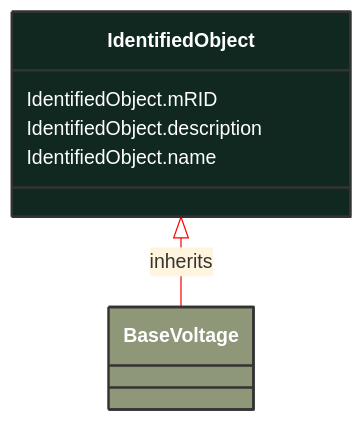
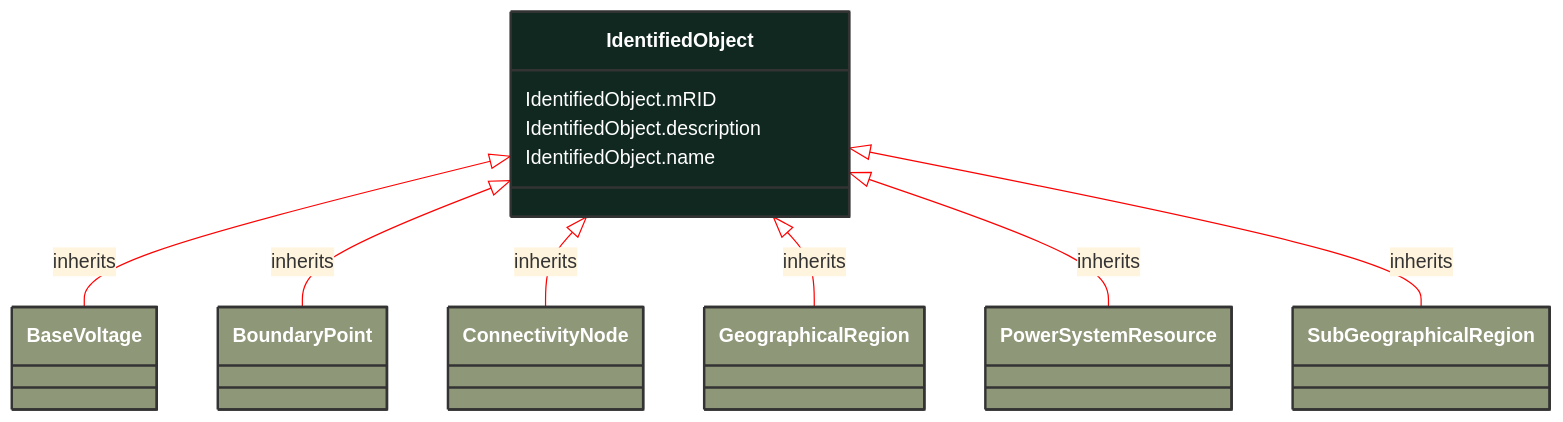
Before and after one commit to 3lbits/NoCIMExtensions: the diagram in docs/Models/Profiles/Telemark-120BoundaryModel/AbstractClasses/IdentifiedObject.md, drawn with Mermaid. The commit also changed 63 other files, not shown here.

````diff
--- a/docs/Models/Profiles/Telemark-120BoundaryModel/AbstractClasses/IdentifiedObject.md
+++ b/docs/Models/Profiles/Telemark-120BoundaryModel/AbstractClasses/IdentifiedObject.md
@@ -10,19 +10,49 @@
 ```mermaid
 %%{init: {'theme':'base','themeVariables': {'lineColor': '#FF0000'}}}%%
 classDiagram
     class IdentifiedObject
     click IdentifiedObject href "/Models/Profiles/Telemark-120BoundaryModel/AbstractClasses/IdentifiedObject/"
     style IdentifiedObject fill:#102820,stroke:#333,stroke-width:2px,rx:10,ry:10,color:white
 
         IdentifiedObject <|-- BaseVoltage : inherits
 
         BaseVoltage
             click BaseVoltage href "/Models/Profiles/Telemark-120BoundaryModel/ConcreteClasses/BaseVoltage/"
             style BaseVoltage fill:#8F9779,stroke:#333,stroke-width:2px,rx:10,ry:10,color:white
 
+        IdentifiedObject <|-- BoundaryPoint : inherits
+
+        BoundaryPoint
+            click BoundaryPoint href "/Models/Profiles/Telemark-120BoundaryModel/ConcreteClasses/BoundaryPoint/"
+            style BoundaryPoint fill:#8F9779,stroke:#333,stroke-width:2px,rx:10,ry:10,color:white
+
+        IdentifiedObject <|-- ConnectivityNode : inherits
+
+        ConnectivityNode
+            click ConnectivityNode href "/Models/Profiles/Telemark-120BoundaryModel/ConcreteClasses/ConnectivityNode/"
+            style ConnectivityNode fill:#8F9779,stroke:#333,stroke-width:2px,rx:10,ry:10,color:white
+
+        IdentifiedObject <|-- GeographicalRegion : inherits
+
+        GeographicalRegion
+            click GeographicalRegion href "/Models/Profiles/Telemark-120BoundaryModel/ConcreteClasses/GeographicalRegion/"
+            style GeographicalRegion fill:#8F9779,stroke:#333,stroke-width:2px,rx:10,ry:10,color:white
+
+        IdentifiedObject <|-- PowerSystemResource : inherits
+
+        PowerSystemResource
+            click PowerSystemResource href "/Models/Profiles/Telemark-120BoundaryModel/AbstractClasses/PowerSystemResource/"
+            style PowerSystemResource fill:#8F9779,stroke:#333,stroke-width:2px,rx:10,ry:10,color:white
+
+        IdentifiedObject <|-- SubGeographicalRegion : inherits
+
+        SubGeographicalRegion
+            click SubGeographicalRegion href "/Models/Profiles/Telemark-120BoundaryModel/ConcreteClasses/SubGeographicalRegion/"
+            style SubGeographicalRegion fill:#8F9779,stroke:#333,stroke-width:2px,rx:10,ry:10,color:white
+
 
 
         IdentifiedObject : IdentifiedObject.mRID
         IdentifiedObject : IdentifiedObject.description
         IdentifiedObject : IdentifiedObject.name
 ```
````
